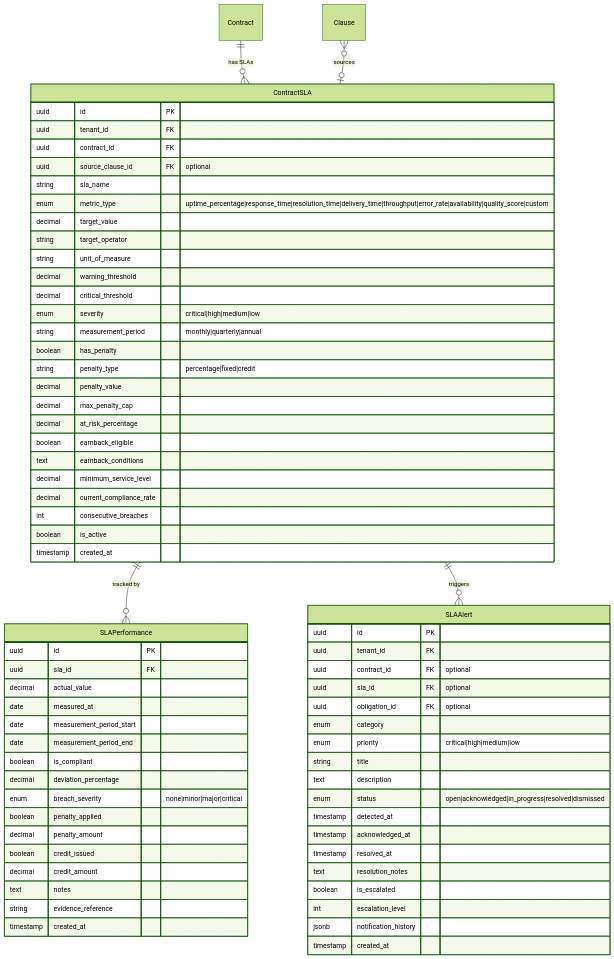
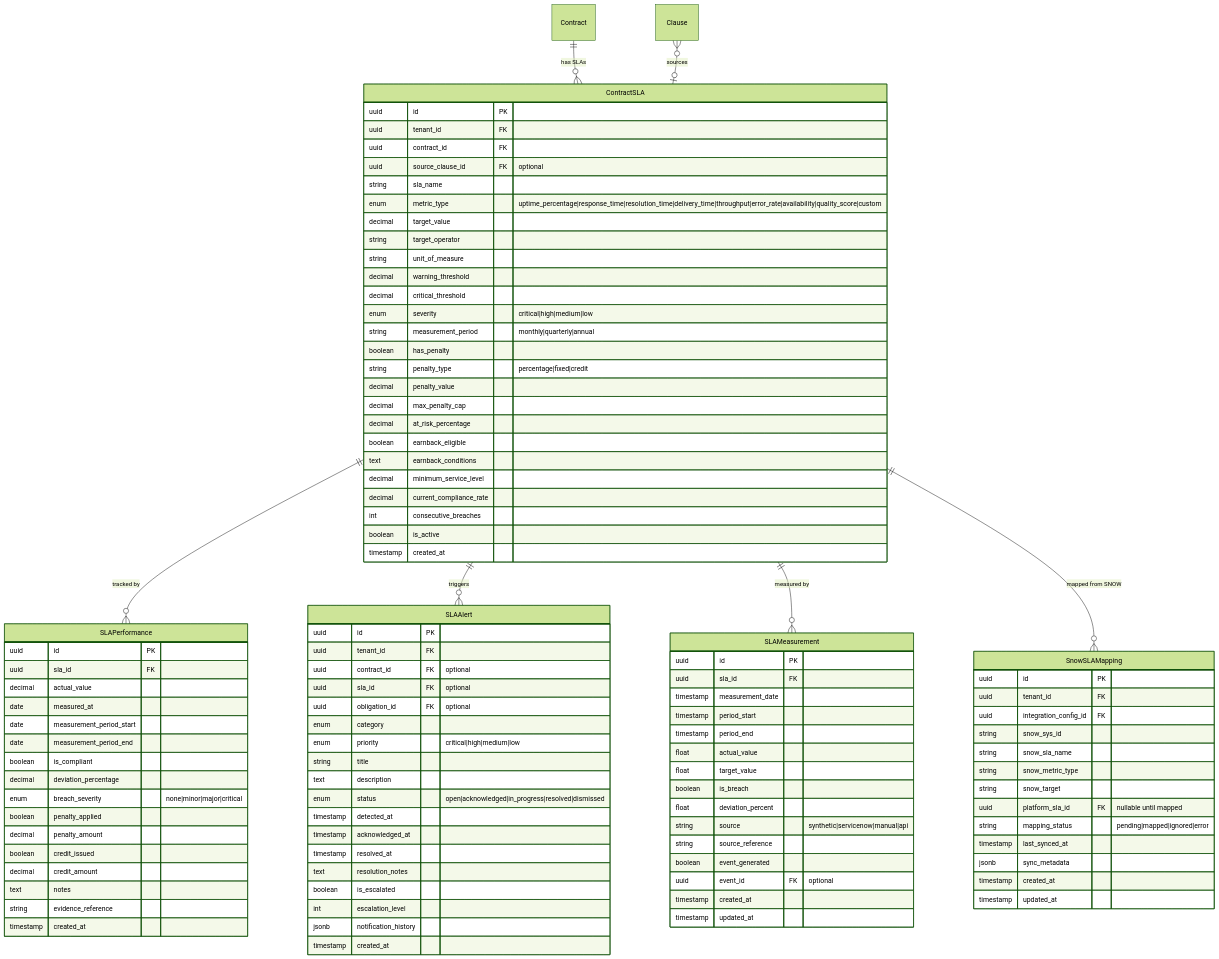
Diagram 21 of 51 in docs/DATA_MODEL.md (jjayarajdev/clm-evaluetor), drawn with Mermaid (forest theme) before and after one commit. The commit also changed other lines of this file and 19 other files, not shown here.

````diff
--- a/docs/DATA_MODEL.md
+++ b/docs/DATA_MODEL.md
@@ -366,6 +852,8 @@
     Contract ||--o{ ContractSLA : "has SLAs"
     ContractSLA ||--o{ SLAPerformance : "tracked by"
     ContractSLA ||--o{ SLAAlert : "triggers"
+    ContractSLA ||--o{ SLAMeasurement : "measured by"
+    ContractSLA ||--o{ SnowSLAMapping : "mapped from SNOW"
     Clause }o--o| ContractSLA : "sources"
 
     ContractSLA {
@@ -435,4 +923,38 @@
         jsonb notification_history
         timestamp created_at
     }
+
+    SLAMeasurement {
+        uuid id PK
+        uuid sla_id FK
+        timestamp measurement_date
+        timestamp period_start
+        timestamp period_end
+        float actual_value
+        float target_value
+        boolean is_breach
+        float deviation_percent
+        string source "synthetic|servicenow|manual|api"
+        string source_reference
+        boolean event_generated
+        uuid event_id FK "optional"
+        timestamp created_at
+        timestamp updated_at
+    }
+
+    SnowSLAMapping {
+        uuid id PK
+        uuid tenant_id FK
+        uuid integration_config_id FK
+        string snow_sys_id
+        string snow_sla_name
+        string snow_metric_type
+        string snow_target
+        uuid platform_sla_id FK "nullable until mapped"
+        string mapping_status "pending|mapped|ignored|error"
+        timestamp last_synced_at
+        jsonb sync_metadata
+        timestamp created_at
+        timestamp updated_at
+    }
 ```
````
